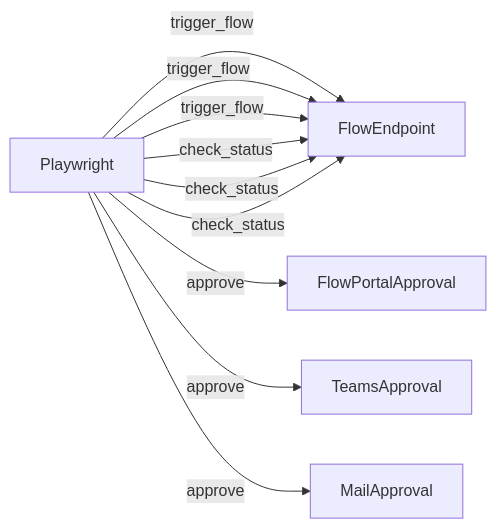
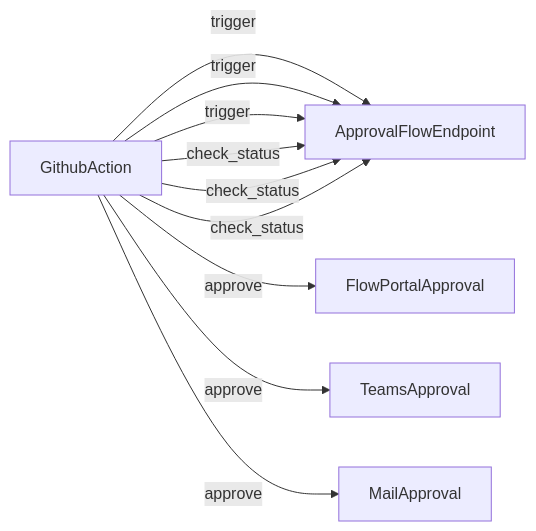
Before and after one commit to jianxu42/E2E-Approval-Flow: the diagram in README.md, drawn with Mermaid.

````diff
--- a/README.md
+++ b/README.md
@@ -6,12 +6,12 @@
 ```mermaid
 graph LR
-    GithubAction[Playwright]--trigger_flow-->FlowEndpoint;
-    GithubAction[Playwright]--approve-->FlowPortalApproval;
-    GithubAction[Playwright]--trigger_flow-->FlowEndpoint;
-    GithubAction[Playwright]--approve-->TeamsApproval;
-    GithubAction[Playwright]--trigger_flow-->FlowEndpoint;
-    GithubAction[Playwright]--approve-->MailApproval;
-    GithubAction[Playwright]--check_status-->FlowEndpoint;
-    GithubAction[Playwright]--check_status-->FlowEndpoint;
-    GithubAction[Playwright]--check_status-->FlowEndpoint;
+    Playwright[GithubAction]--trigger-->ApprovalFlowEndpoint;
+    Playwright[GithubAction]--trigger-->ApprovalFlowEndpoint;
+    Playwright[GithubAction]--trigger-->ApprovalFlowEndpoint;
+    Playwright[GithubAction]--approve-->FlowPortalApproval;
+    Playwright[GithubAction]--approve-->TeamsApproval;
+    Playwright[GithubAction]--approve-->MailApproval;
+    Playwright[GithubAction]--check_status-->ApprovalFlowEndpoint;
+    Playwright[GithubAction]--check_status-->ApprovalFlowEndpoint;
+    Playwright[GithubAction]--check_status-->ApprovalFlowEndpoint;
 ```
````
